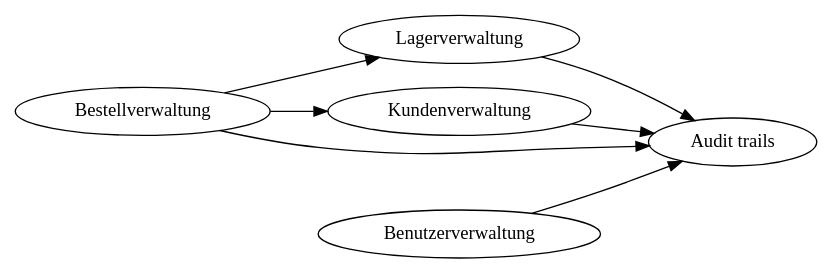
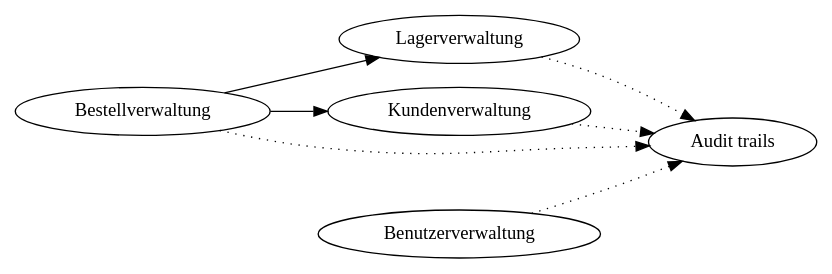
One commit to wipro18-microservice-application-lab/wipro18-microservice-application-lab changed the diagram in diagramme/service-dependencies.dot. Above: the diagram before and after it, drawn with Graphviz. The commit also changed 5 other files, not shown here.

Commit message:
made changes to diagrams

```diff
--- a/diagramme/service-dependencies.dot
+++ b/diagramme/service-dependencies.dot
@@ -1,17 +1,17 @@
-digraph G {
+digraph ServiceDependencies {
   rankdir=LR;
 
   order[label="Bestellverwaltung"];
   article[label="Lagerverwaltung"];
   customer[label="Kundenverwaltung"];
   user[label="Benutzerverwaltung"];
   log[label="Audit trails"];
 
   order -> customer
   order -> article
-  order -> log
 
-  customer -> log
-  article -> log
-  user -> log
+  order -> log [style = dotted]
+  customer -> log [style = dotted]
+  article -> log [style = dotted]
+  user -> log [style = dotted]
 }
```
